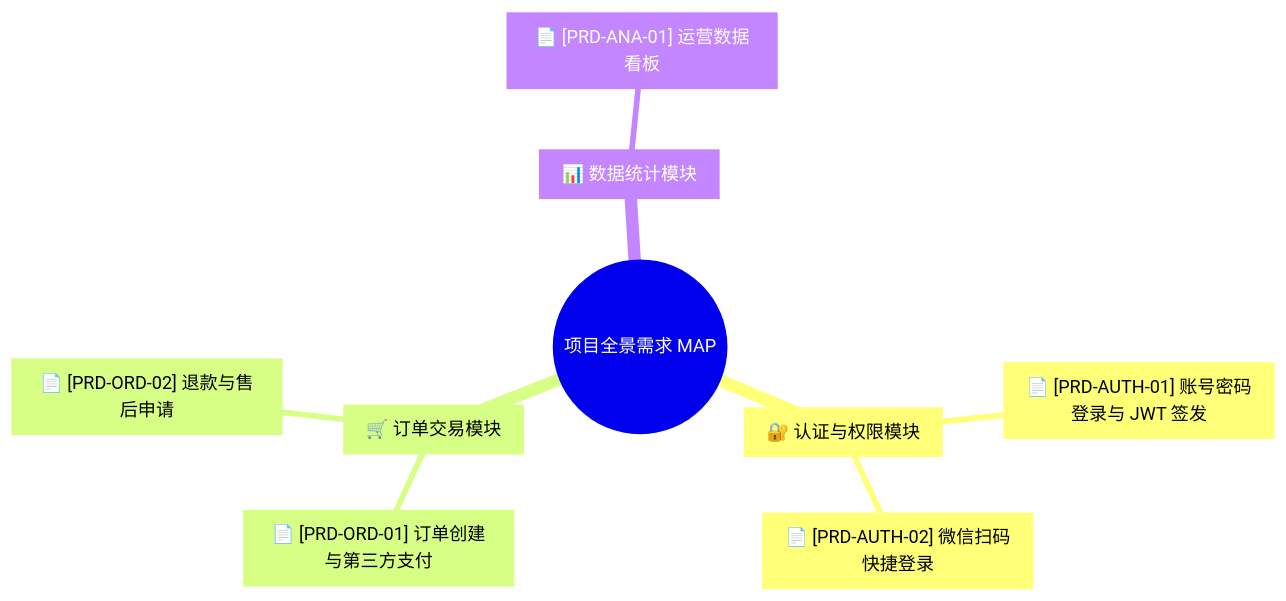
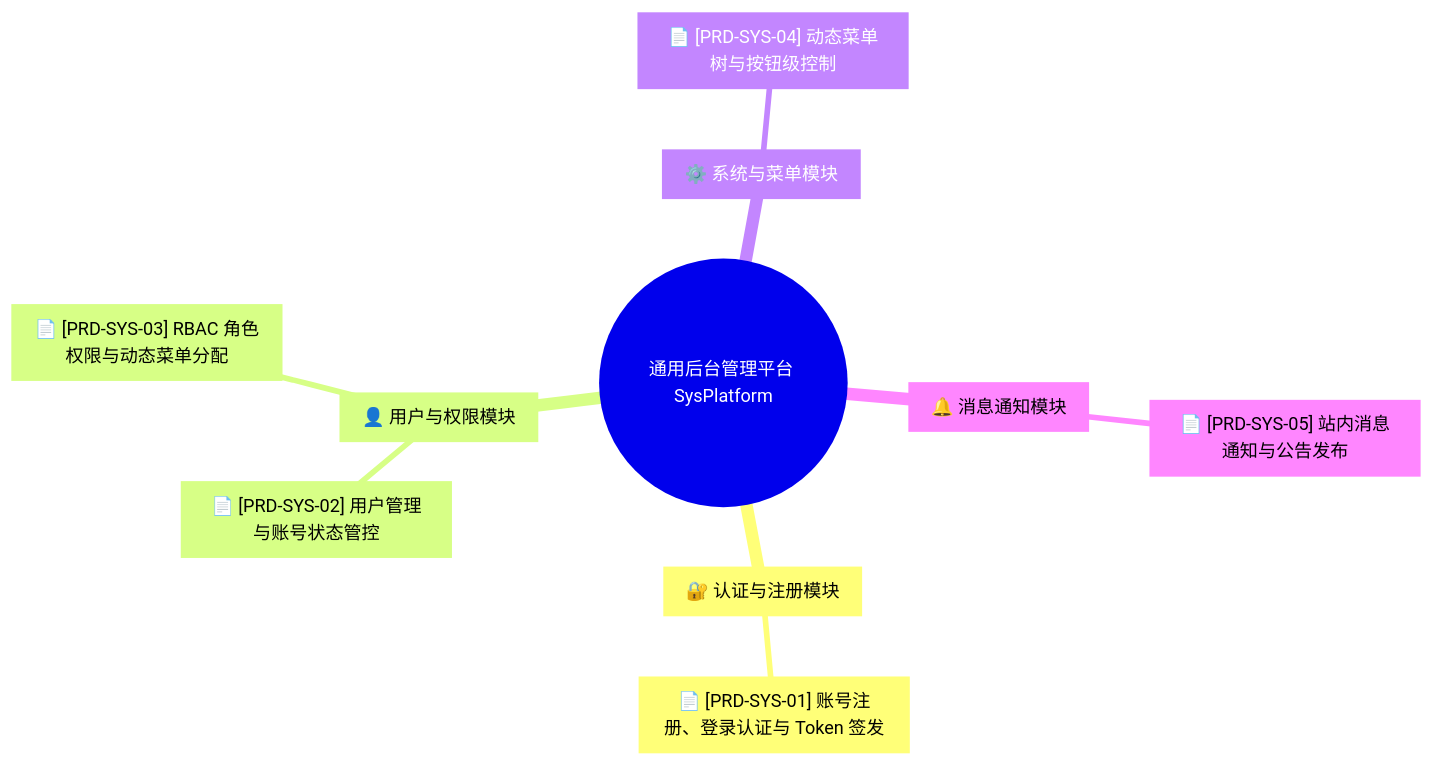
The diagram in base_template/docs/01-requirements.md (zhaozhendong0608/Apex), drawn with Mermaid before and after one commit. The commit also changed other lines of this file and 56 other files, not shown here.

````diff
--- a/base_template/docs/01-requirements.md
+++ b/base_template/docs/01-requirements.md
@@ -12,12 +12,13 @@
 ```mermaid
 mindmap
-  root((项目全景需求 MAP))
-    auth[🔐 认证与权限模块]
-      prd_auth_01["📄 [PRD-AUTH-01] 账号密码登录与 JWT 签发"]
-      prd_auth_02["📄 [PRD-AUTH-02] 微信扫码快捷登录"]
-    order[🛒 订单交易模块]
-      prd_ord_01["📄 [PRD-ORD-01] 订单创建与第三方支付"]
-      prd_ord_02["📄 [PRD-ORD-02] 退款与售后申请"]
-    analytics[📊 数据统计模块]
-      prd_ana_01["📄 [PRD-ANA-01] 运营数据看板"]
+  root((通用后台管理平台 SysPlatform))
+    auth[🔐 认证与注册模块]
+      prd_sys_01["📄 [PRD-SYS-01] 账号注册、登录认证与 Token 签发"]
+    user_role[👤 用户与权限模块]
+      prd_sys_02["📄 [PRD-SYS-02] 用户管理与账号状态管控"]
+      prd_sys_03["📄 [PRD-SYS-03] RBAC 角色权限与动态菜单分配"]
+    system_menu[⚙️ 系统与菜单模块]
+      prd_sys_04["📄 [PRD-SYS-04] 动态菜单树与按钮级控制"]
+    notify[🔔 消息通知模块]
+      prd_sys_05["📄 [PRD-SYS-05] 站内消息通知与公告发布"]
 ```
````
